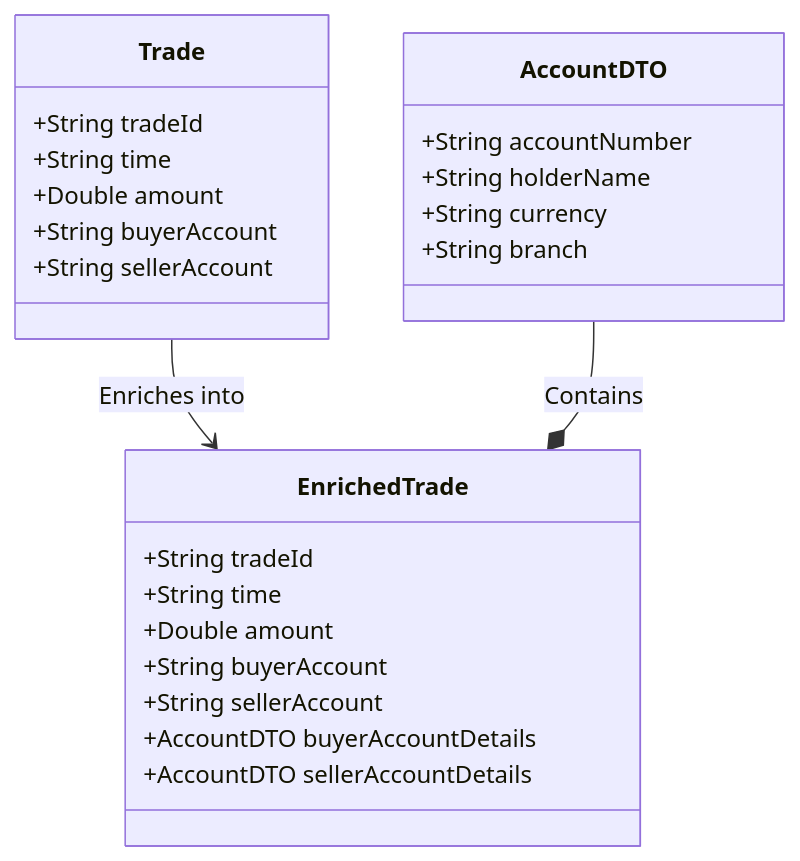
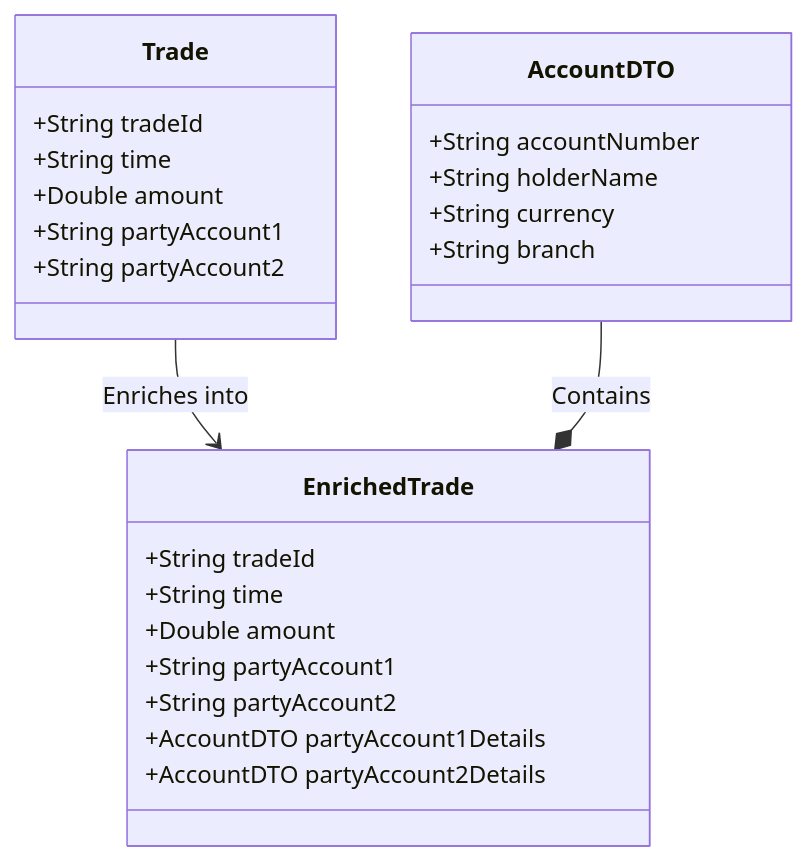
The fourth of 4 diagrams in README.md (vanessarodriguesatwork/Trade-Enrichment-System), drawn with Mermaid before and after one commit. The commit also changed other lines of this file, not shown here.

````diff
--- a/README.md
+++ b/README.md
@@ -245,27 +246,27 @@
 ```mermaid
 classDiagram
     class Trade {
         +String tradeId
         +String time
         +Double amount
-        +String buyerAccount
-        +String sellerAccount
+        +String partyAccount1
+        +String partyAccount2
     }
     class AccountDTO {
         +String accountNumber
         +String holderName
         +String currency
         +String branch
     }
     class EnrichedTrade {
         +String tradeId
         +String time
         +Double amount
-        +String buyerAccount
-        +String sellerAccount
-        +AccountDTO buyerAccountDetails
-        +AccountDTO sellerAccountDetails
+        +String partyAccount1
+        +String partyAccount2
+        +AccountDTO partyAccount1Details
+        +AccountDTO partyAccount2Details
     }
     Trade --> EnrichedTrade : Enriches into
     AccountDTO --* EnrichedTrade : Contains
 ```
````
